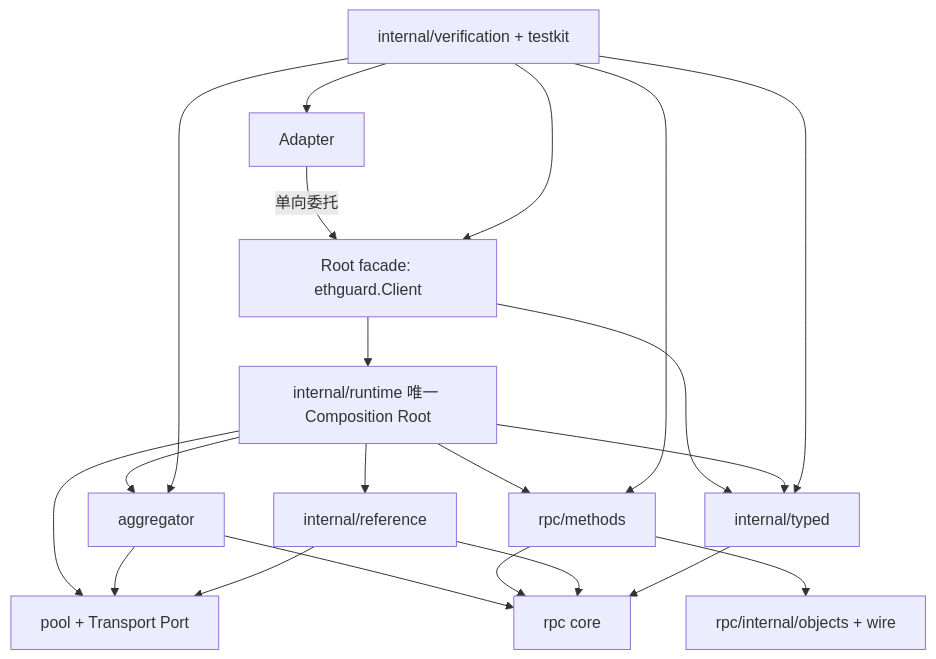
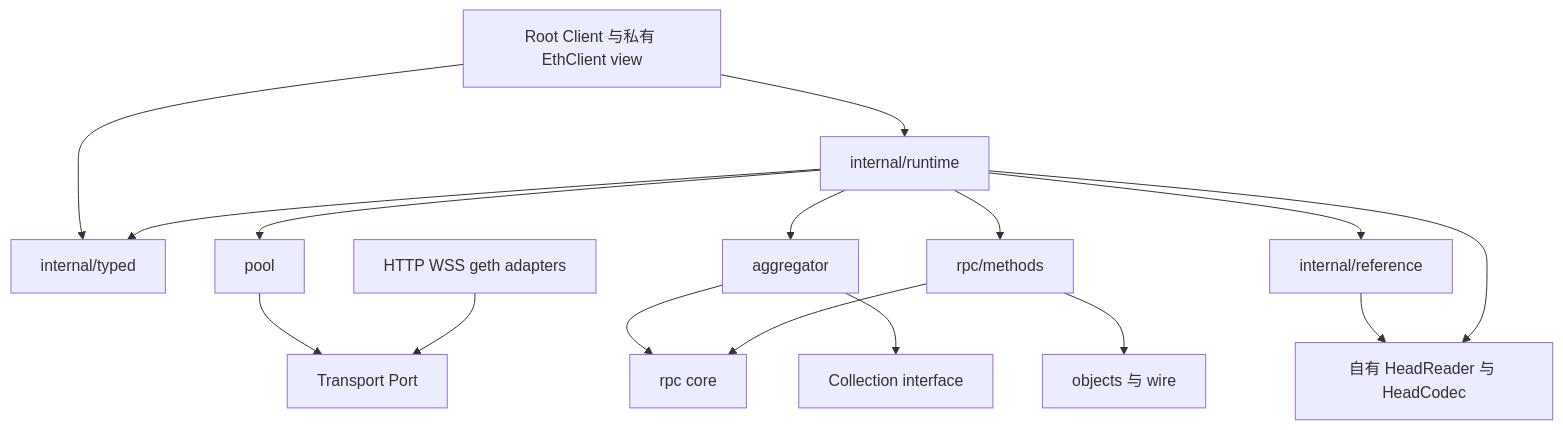
Before and after one commit to codermaybe/ethguard: the first of 2 diagrams in docs/design/codebase-topology.md, drawn with Mermaid. The commit also changed other lines of this file and 30 other files, not shown here.

````diff
--- a/docs/design/codebase-topology.md
+++ b/docs/design/codebase-topology.md
@@ -191,34 +31,18 @@
 ```mermaid
 flowchart TD
-    RootFacade[Root facade: ethguard.Client]
-    Runtime[internal/runtime 唯一 Composition Root]
-    Pool[pool + Transport Port]
-    Agg[aggregator]
-    RPC[rpc core]
-    Methods[rpc/methods]
-    Objects[rpc/internal/objects + wire]
-    Typed[internal/typed]
-    Reference[internal/reference]
-    Verification[internal/verification + testkit]
-
-    Adapter -->|单向委托| RootFacade
-    RootFacade --> Runtime
-    RootFacade --> Typed
-    Runtime --> Pool
-    Runtime --> Agg
-    Runtime --> Methods
-    Runtime --> Reference
+    Facade[Root Client 与私有 EthClient view] --> Runtime[internal/runtime]
+    Facade --> Typed[internal/typed]
+    Runtime --> Pool[pool]
+    Runtime --> Aggregator[aggregator]
+    Runtime --> Methods[rpc/methods]
+    Runtime --> Reference[internal/reference]
     Runtime --> Typed
-    Agg --> Pool
-    Agg --> RPC
+    Aggregator --> RPC[rpc core]
+    Aggregator --> Collection[Collection interface]
     Methods --> RPC
-    Methods --> Objects
-    Reference --> Pool
-    Reference --> RPC
-    Typed --> RPC
-    Verification --> Adapter
-    Verification --> RootFacade
-    Verification --> Agg
-    Verification --> Methods
-    Verification --> Typed
+    Methods --> Objects[objects 与 wire]
+    Pool --> Port[Transport Port]
+    Adapters[HTTP WSS geth adapters] --> Port
+    Reference --> HeadPorts[自有 HeadReader 与 HeadCodec]
+    Runtime --> HeadPorts
 ```
````
